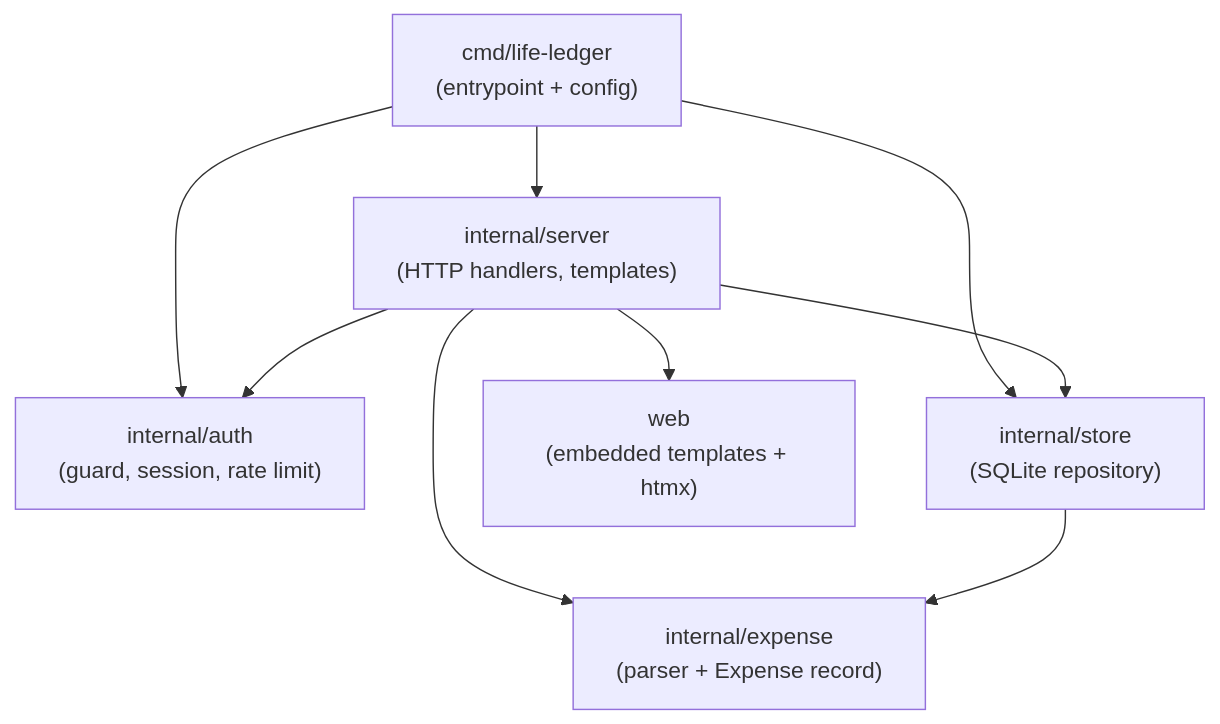
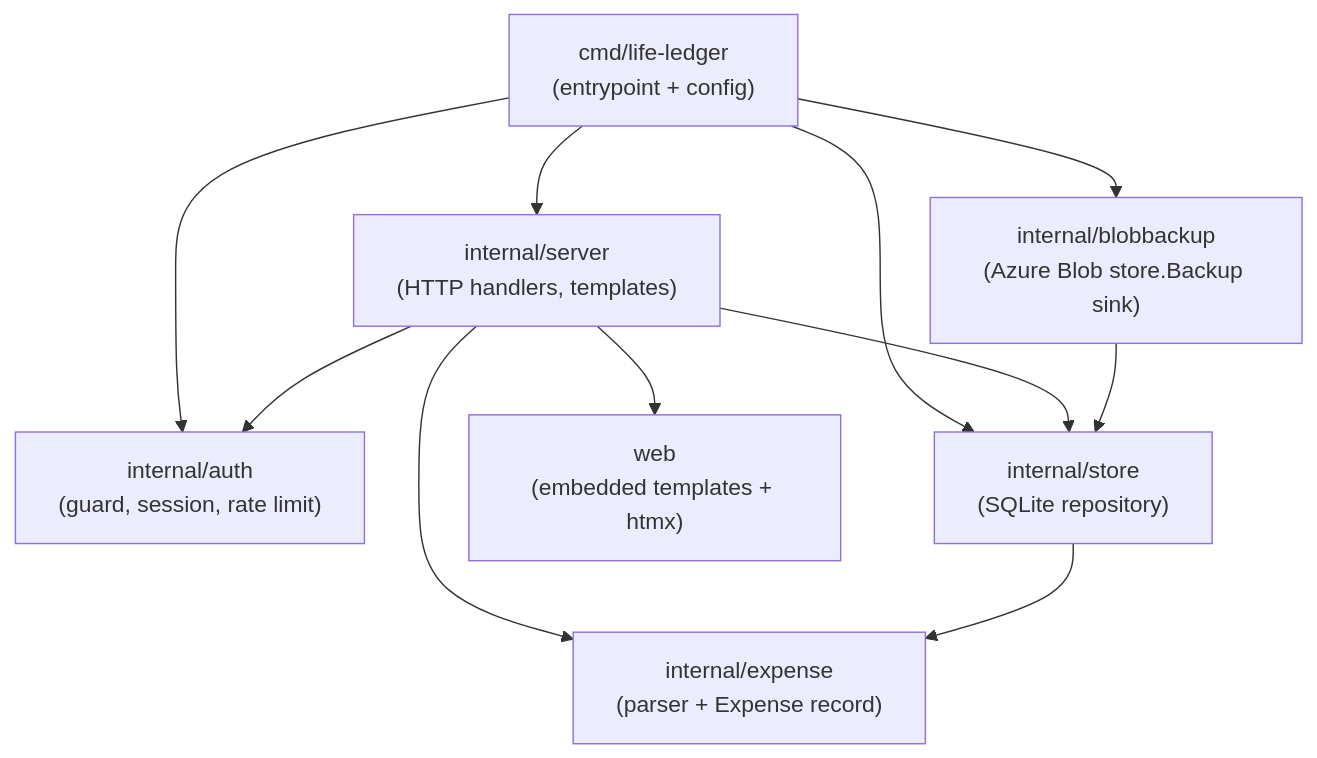
One commit to emepetres/life-ledger changed the first of 3 diagrams in docs/architecture.md. Above: the diagram before and after it, drawn with Mermaid. The commit also changed other lines of this file, not shown here.

First line of the commit message:
📝 add internal/blobbackup to the architecture living map

````diff
--- a/docs/architecture.md
+++ b/docs/architecture.md
@@ -49,18 +55,21 @@
 ```mermaid
 flowchart TD
     main["cmd/life-ledger<br/>(entrypoint + config)"]
     server["internal/server<br/>(HTTP handlers, templates)"]
     auth["internal/auth<br/>(guard, session, rate limit)"]
     store["internal/store<br/>(SQLite repository)"]
+    blobbackup["internal/blobbackup<br/>(Azure Blob store.Backup sink)"]
     expense["internal/expense<br/>(parser + Expense record)"]
     web["web<br/>(embedded templates + htmx)"]
 
     main --> server
     main --> auth
     main --> store
+    main --> blobbackup
     server --> auth
     server --> store
     server --> expense
     server --> web
     store --> expense
+    blobbackup --> store
 ```
````
